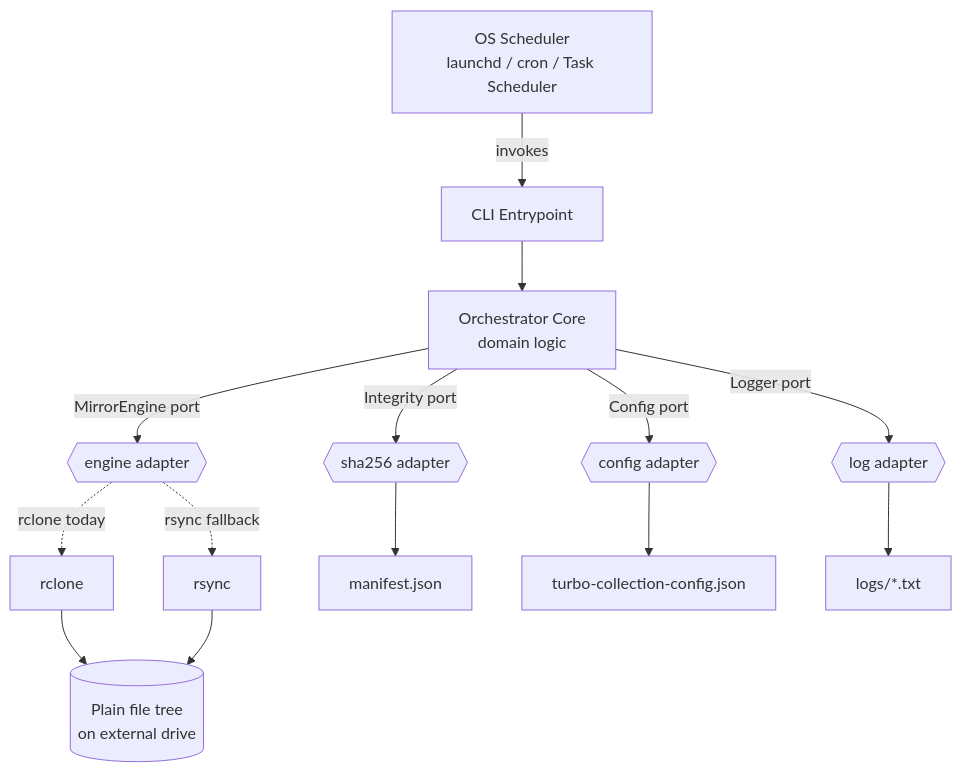
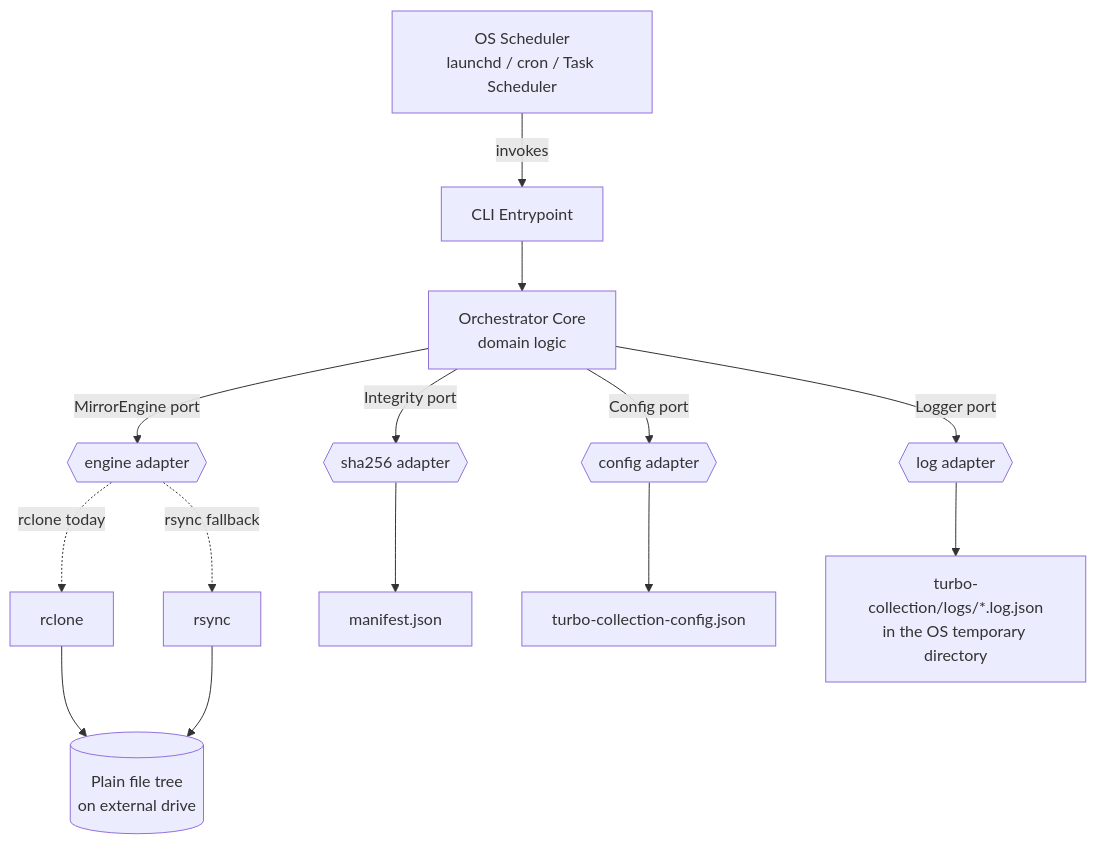
The first of 2 diagrams in docs/design-record.md (NikoAri/turbo-collection), drawn with Mermaid before and after one commit. The commit also changed other lines of this file and 5 other files, not shown here.

````diff
--- a/docs/design-record.md
+++ b/docs/design-record.md
@@ -266,19 +267,19 @@
 ```mermaid
 graph TD
     SCHED[OS Scheduler<br/>launchd / cron / Task Scheduler] -->|invokes| CLI[CLI Entrypoint]
     CLI --> CORE[Orchestrator Core<br/>domain logic]
 
     CORE -->|MirrorEngine port| E{{engine adapter}}
     CORE -->|Integrity port| I{{sha256 adapter}}
     CORE -->|Config port| C{{config adapter}}
     CORE -->|Logger port| L{{log adapter}}
 
     E -.rclone today.-> RC[rclone]
     E -.rsync fallback.-> RS[rsync]
     I --> MAN[manifest.json]
     C --> CFG[turbo-collection-config.json]
-    L --> LOG[logs/*.txt]
+    L --> LOG[turbo-collection/logs/*.log.json<br/>in the OS temporary directory]
 
     RC --> DATA[(Plain file tree<br/>on external drive)]
     RS --> DATA
 ```
````
